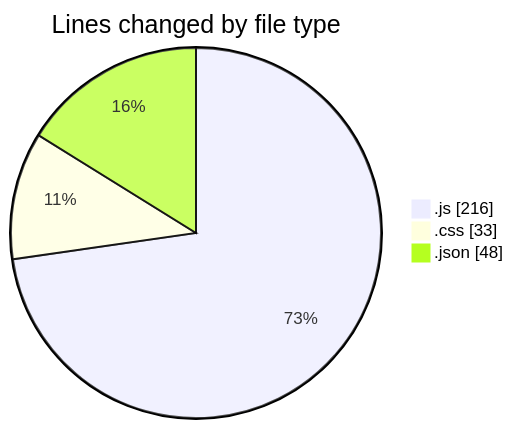
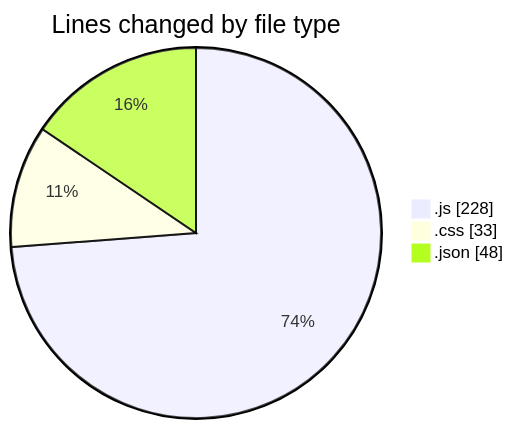
The first of 2 diagrams in 2025-07-18/mern-workoutboard/README.md (Ritupan-Deka/code-tracking), drawn with Mermaid before and after one commit. The commit also changed other lines of this file and 1 other file, not shown here.

````diff
--- a/2025-07-18/mern-workoutboard/README.md
+++ b/2025-07-18/mern-workoutboard/README.md
@@ -24,7 +25,7 @@
 ```mermaid
 pie showData
 title Lines changed by file type
-".js" : 216
+".js" : 228
 ".css" : 33
 ".json" : 48
 ```
````
